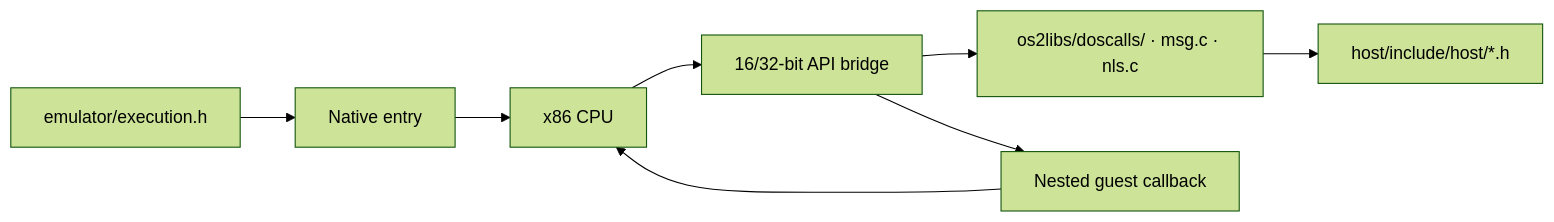
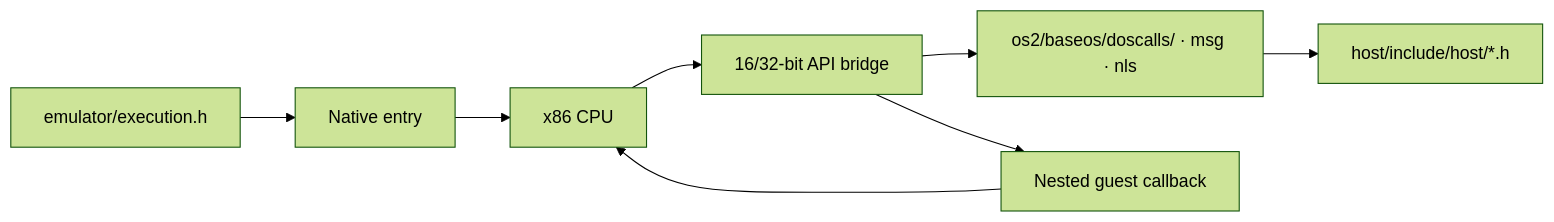
One commit to bitwisecook/2ine changed the diagram in docs/native-execution.md. Above: the diagram before and after it, drawn with Mermaid (forest theme). The commit also changed other lines of this file and 801 other files, not shown here.

````diff
--- a/docs/native-execution.md
+++ b/docs/native-execution.md
@@ -11,7 +11,7 @@
 ```mermaid
 flowchart LR
     Shared["emulator/execution.h"] --> Entry["Native entry"] --> CPU["x86 CPU"]
-    CPU --> Bridge["16/32-bit API bridge"] --> APIs["os2libs/doscalls/ · msg.c · nls.c"]
+    CPU --> Bridge["16/32-bit API bridge"] --> APIs["os2/baseos/doscalls/ · msg · nls"]
     APIs --> Host["host/include/host/*.h"]
     Bridge --> Callback["Nested guest callback"] --> CPU
 ```
````
